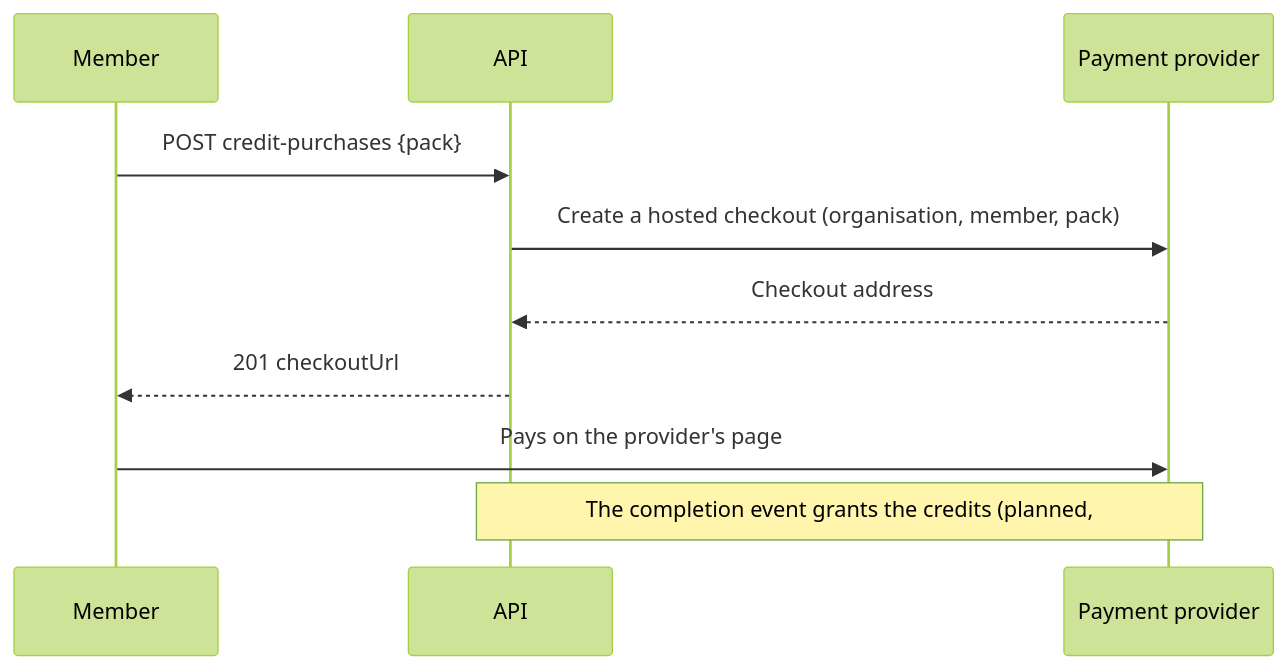
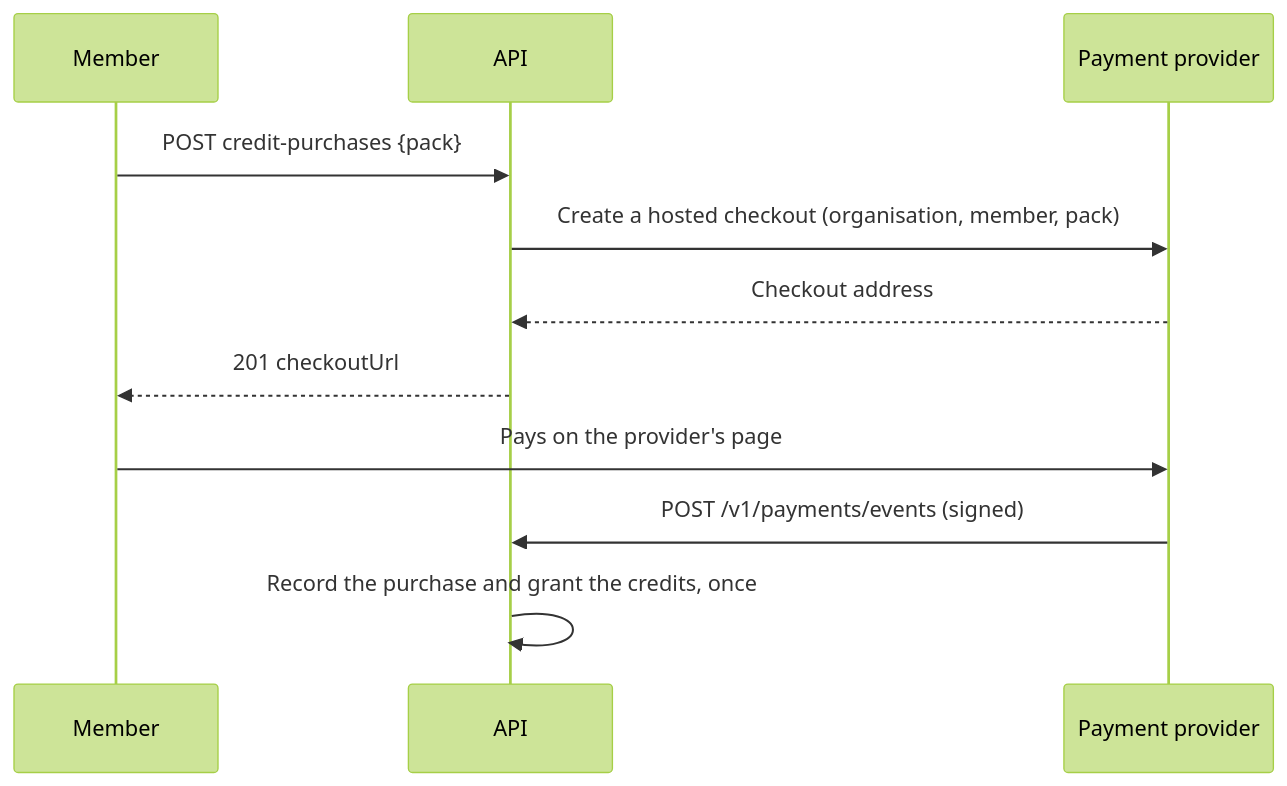
One commit to akoita/draft-loop changed the sixth of 7 diagrams in docs/architecture/hosted-service.md. Above: the diagram before and after it, drawn with Mermaid (forest theme). The commit also changed other lines of this file and 23 other files, not shown here.

First line of the commit message:
Grant a credit pack's credits when its checkout is paid (#2709)

````diff
--- a/docs/architecture/hosted-service.md
+++ b/docs/architecture/hosted-service.md
@@ -799,12 +799,13 @@
 ```mermaid
 sequenceDiagram
   participant M as Member
   participant A as API
   participant P as Payment provider
   M->>A: POST credit-purchases {pack}
   A->>P: Create a hosted checkout (organisation, member, pack)
   P-->>A: Checkout address
   A-->>M: 201 checkoutUrl
   M->>P: Pays on the provider's page
-  Note over A,P: The completion event grants the credits (planned, #2709)
+  P->>A: POST /v1/payments/events (signed)
+  A->>A: Record the purchase and grant the credits, once
 ```
````
